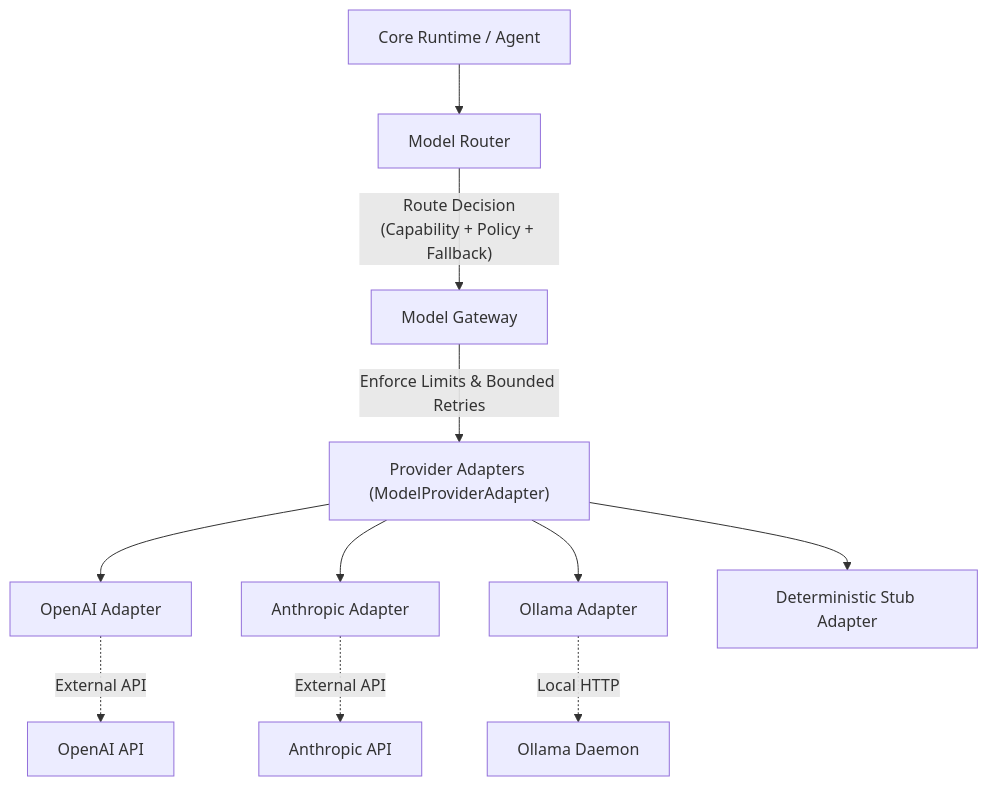
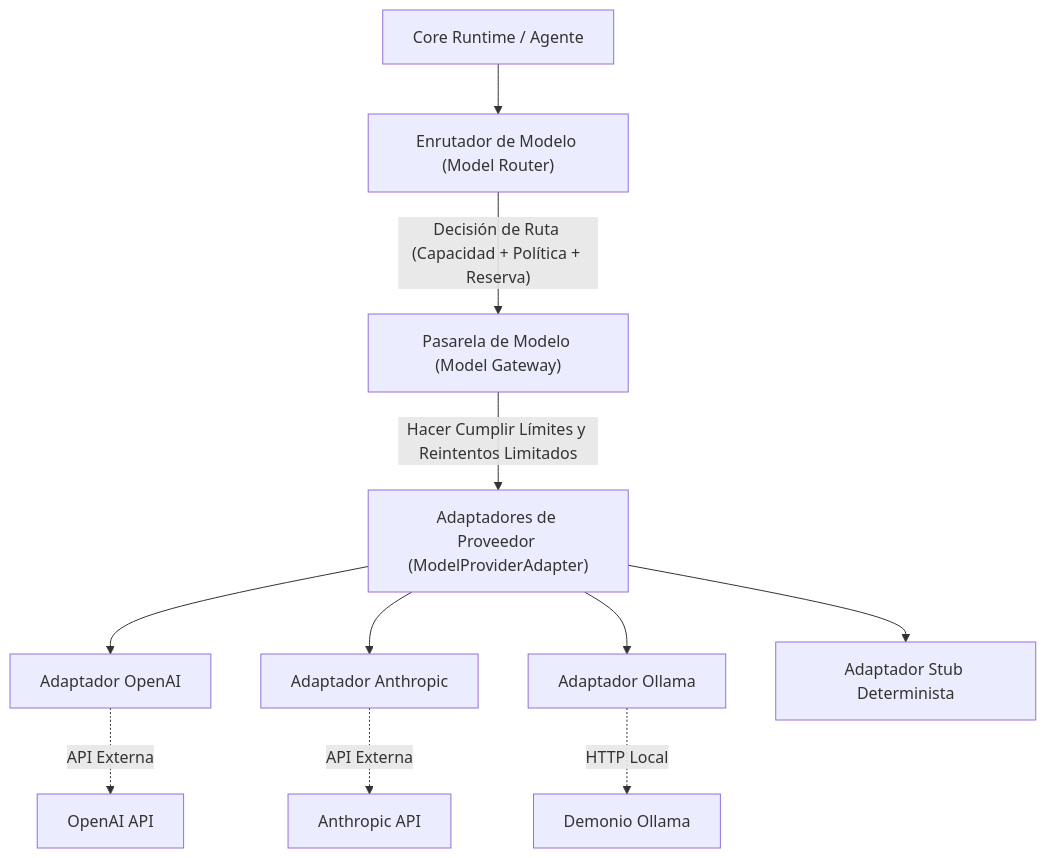
Before and after one commit to johangonzahenri/ai-operating-platform: the second of 2 diagrams in docs/ARCHITECTURE.md, drawn with Mermaid. The commit also changed other lines of this file and 9 other files, not shown here.

Commit message:
docs(i18n): traducir docs raíz y de arquitectura a es-419 con diagramas Mermaid

````diff
--- a/docs/ARCHITECTURE.md
+++ b/docs/ARCHITECTURE.md
@@ -40,13 +40,13 @@
 ```mermaid
 flowchart TD
-    Core["Core Runtime / Agent"] --> MR["Model Router"]
-    MR -->|"Route Decision<br/>(Capability + Policy + Fallback)"| MG["Model Gateway"]
-    MG -->|"Enforce Limits & Bounded Retries"| PA["Provider Adapters (ModelProviderAdapter)"]
-    PA --> OA["OpenAI Adapter"]
-    PA --> AA["Anthropic Adapter"]
-    PA --> OLL["Ollama Adapter"]
-    PA --> ST["Deterministic Stub Adapter"]
-    OA -.->|"External API"| OAI["OpenAI API"]
-    AA -.->|"External API"| ANT["Anthropic API"]
-    OLL -.->|"Local HTTP"| OL["Ollama Daemon"]
+    Core["Core Runtime / Agente"] --> MR["Enrutador de Modelo (Model Router)"]
+    MR -->|"Decisión de Ruta (Capacidad + Política + Reserva)"| MG["Pasarela de Modelo (Model Gateway)"]
+    MG -->|"Hacer Cumplir Límites y Reintentos Limitados"| PA["Adaptadores de Proveedor (ModelProviderAdapter)"]
+    PA --> OA["Adaptador OpenAI"]
+    PA --> AA["Adaptador Anthropic"]
+    PA --> OLL["Adaptador Ollama"]
+    PA --> ST["Adaptador Stub Determinista"]
+    OA -.->|"API Externa"| OAI["OpenAI API"]
+    AA -.->|"API Externa"| ANT["Anthropic API"]
+    OLL -.->|"HTTP Local"| OL["Demonio Ollama"]
 ```
````
